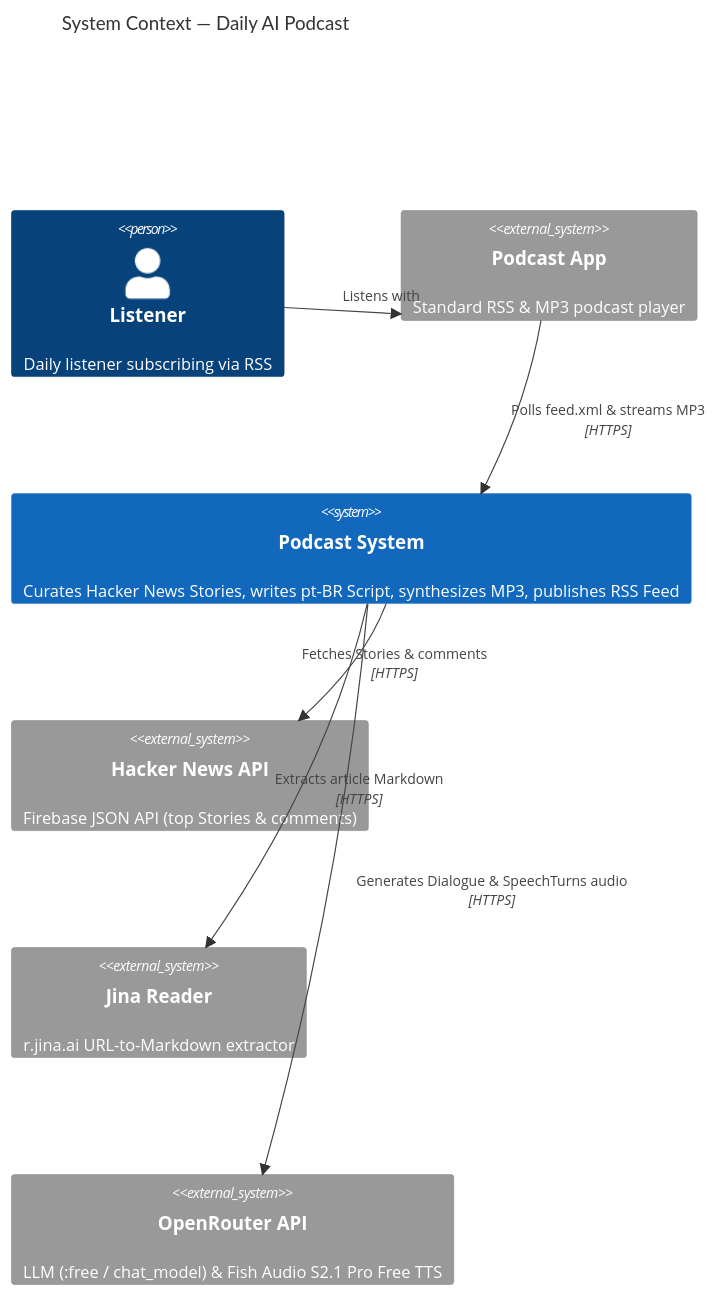
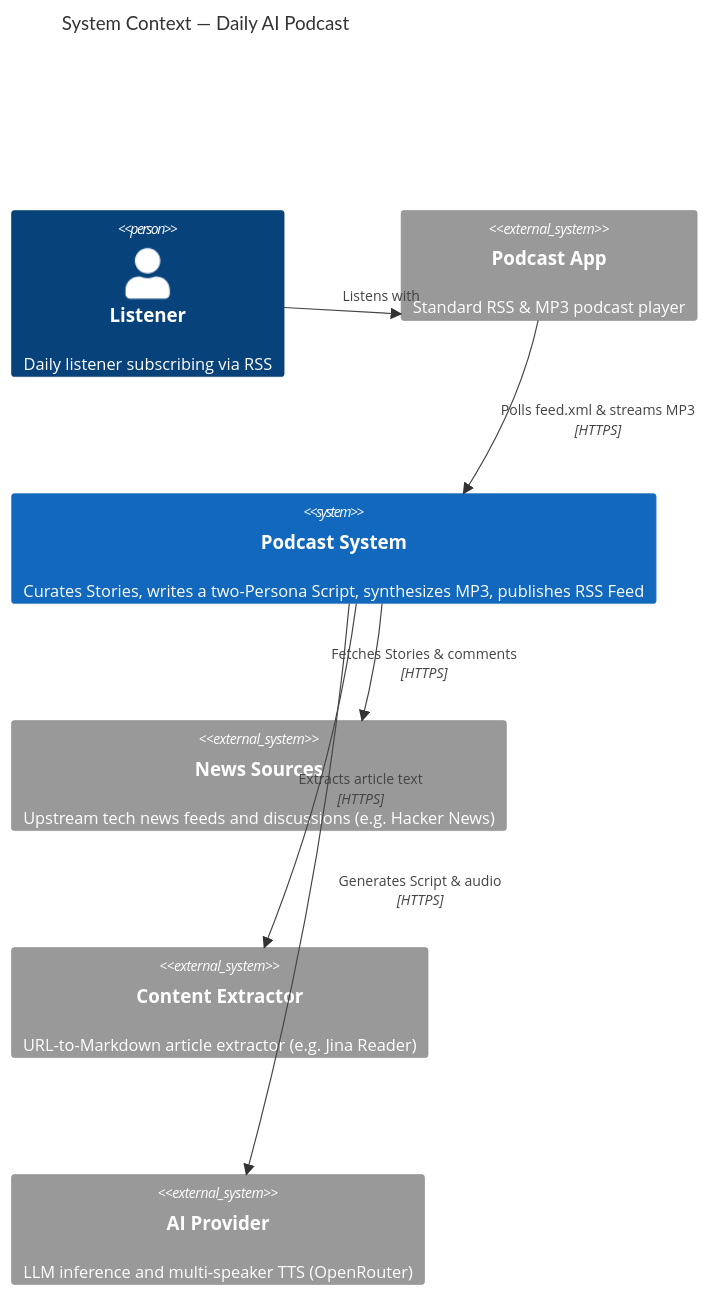
The diagram in docs/architecture/context.mmd (matheusccouto/podcast), drawn with Mermaid before and after one commit. The commit also changed 20 other files, not shown here.

```diff
--- a/docs/architecture/context.mmd
+++ b/docs/architecture/context.mmd
@@ -1,23 +1,23 @@
 C4Context
     title System Context — Daily AI Podcast
 
     Person(listener, "Listener", "Daily listener subscribing via RSS")
     System_Ext(player, "Podcast App", "Standard RSS & MP3 podcast player")
 
-    System(podcast, "Podcast System", "Curates Hacker News Stories, writes pt-BR Script, synthesizes MP3, publishes RSS Feed")
+    System(podcast, "Podcast System", "Curates Stories, writes a two-Persona Script, synthesizes MP3, publishes RSS Feed")
 
-    System_Ext(hn, "Hacker News API", "Firebase JSON API (top Stories & comments)")
-    System_Ext(jina, "Jina Reader", "r.jina.ai URL-to-Markdown extractor")
-    System_Ext(openrouter, "OpenRouter API", "LLM (:free / chat_model) & Fish Audio S2.1 Pro Free TTS")
+    System_Ext(sources, "News Sources", "Upstream tech news feeds and discussions (e.g. Hacker News)")
+    System_Ext(extractor, "Content Extractor", "URL-to-Markdown article extractor (e.g. Jina Reader)")
+    System_Ext(ai, "AI Provider", "LLM inference and multi-speaker TTS (OpenRouter)")
 
     Rel(listener, player, "Listens with")
     Rel(player, podcast, "Polls feed.xml & streams MP3", "HTTPS")
-    Rel(podcast, hn, "Fetches Stories & comments", "HTTPS")
-    Rel(podcast, jina, "Extracts article Markdown", "HTTPS")
-    Rel(podcast, openrouter, "Generates Dialogue & SpeechTurns audio", "HTTPS")
+    Rel(podcast, sources, "Fetches Stories & comments", "HTTPS")
+    Rel(podcast, extractor, "Extracts article text", "HTTPS")
+    Rel(podcast, ai, "Generates Script & audio", "HTTPS")
 
     UpdateRelStyle(listener, player, $offsetY="-15")
-    UpdateRelStyle(podcast, hn, $offsetX="-35", $offsetY="-10")
-    UpdateRelStyle(podcast, jina, $offsetX="-10")
-    UpdateRelStyle(podcast, openrouter, $offsetX="35", $offsetY="-10")
+    UpdateRelStyle(podcast, sources, $offsetX="-35", $offsetY="-10")
+    UpdateRelStyle(podcast, extractor, $offsetX="-10")
+    UpdateRelStyle(podcast, ai, $offsetX="35", $offsetY="-10")
     UpdateLayoutConfig($c4ShapeInRow="2", $c4BoundaryInRow="1")
```
